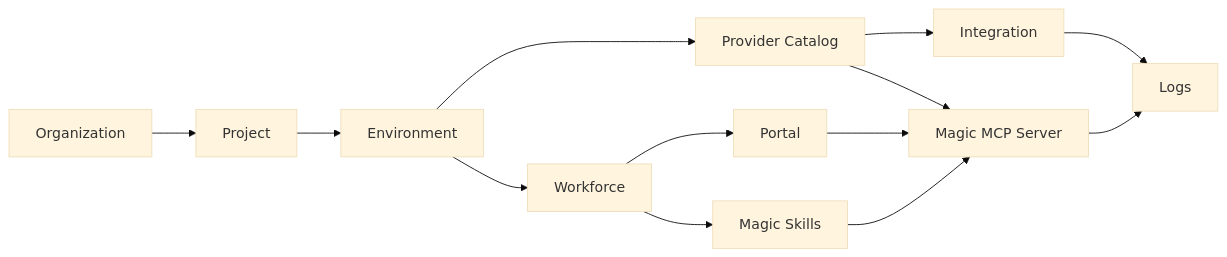
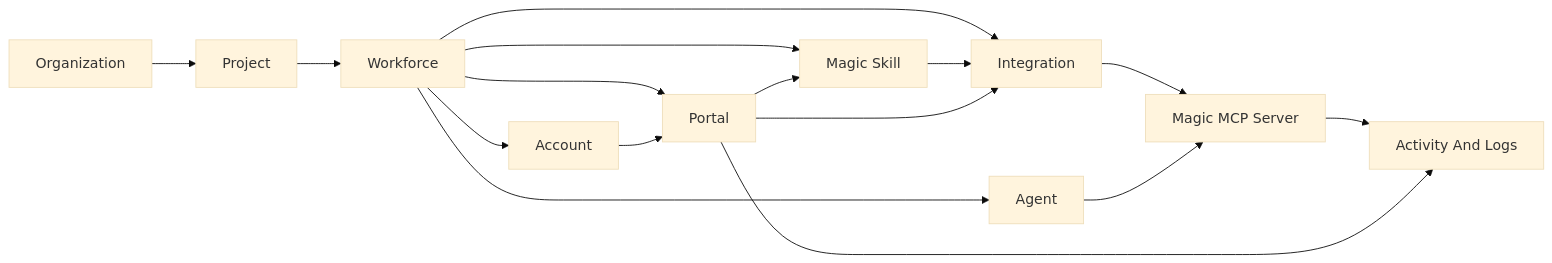
One commit to metorial/docs changed the third of 3 diagrams in docs-structure.mdx. Above: the diagram before and after it, drawn with Mermaid (base theme). The commit also changed other lines of this file and 11 other files, not shown here.

````diff
--- a/docs-structure.mdx
+++ b/docs-structure.mdx
@@ -92,25 +88,29 @@
 ```mermaid
 flowchart LR
   Org["Organization"]
   Project["Project"]
-  Env["Environment"]
-  Provider["Provider Catalog"]
-  Integration["Integration"]
-  Magic["Magic MCP Server"]
   Workforce["Workforce"]
   Portal["Portal"]
-  Skills["Magic Skills"]
-  Logs["Logs"]
+  Account["Account"]
+  Agent["Agent"]
+  Integration["Integration"]
+  Skill["Magic Skill"]
+  MCP["Magic MCP Server"]
+  Activity["Activity And Logs"]
 
-  Org --> Project --> Env
-  Env --> Provider
-  Provider --> Integration
-  Provider --> Magic
-  Env --> Workforce
+  Org --> Project
+  Project --> Workforce
   Workforce --> Portal
-  Workforce --> Skills
-  Integration --> Logs
-  Magic --> Logs
-  Portal --> Magic
-  Skills --> Magic
+  Workforce --> Account
+  Workforce --> Agent
+  Workforce --> Integration
+  Workforce --> Skill
+  Integration --> MCP
+  Skill --> Integration
+  Portal --> Integration
+  Portal --> Skill
+  Account --> Portal
+  Agent --> MCP
+  MCP --> Activity
+  Portal --> Activity
 ```
````
